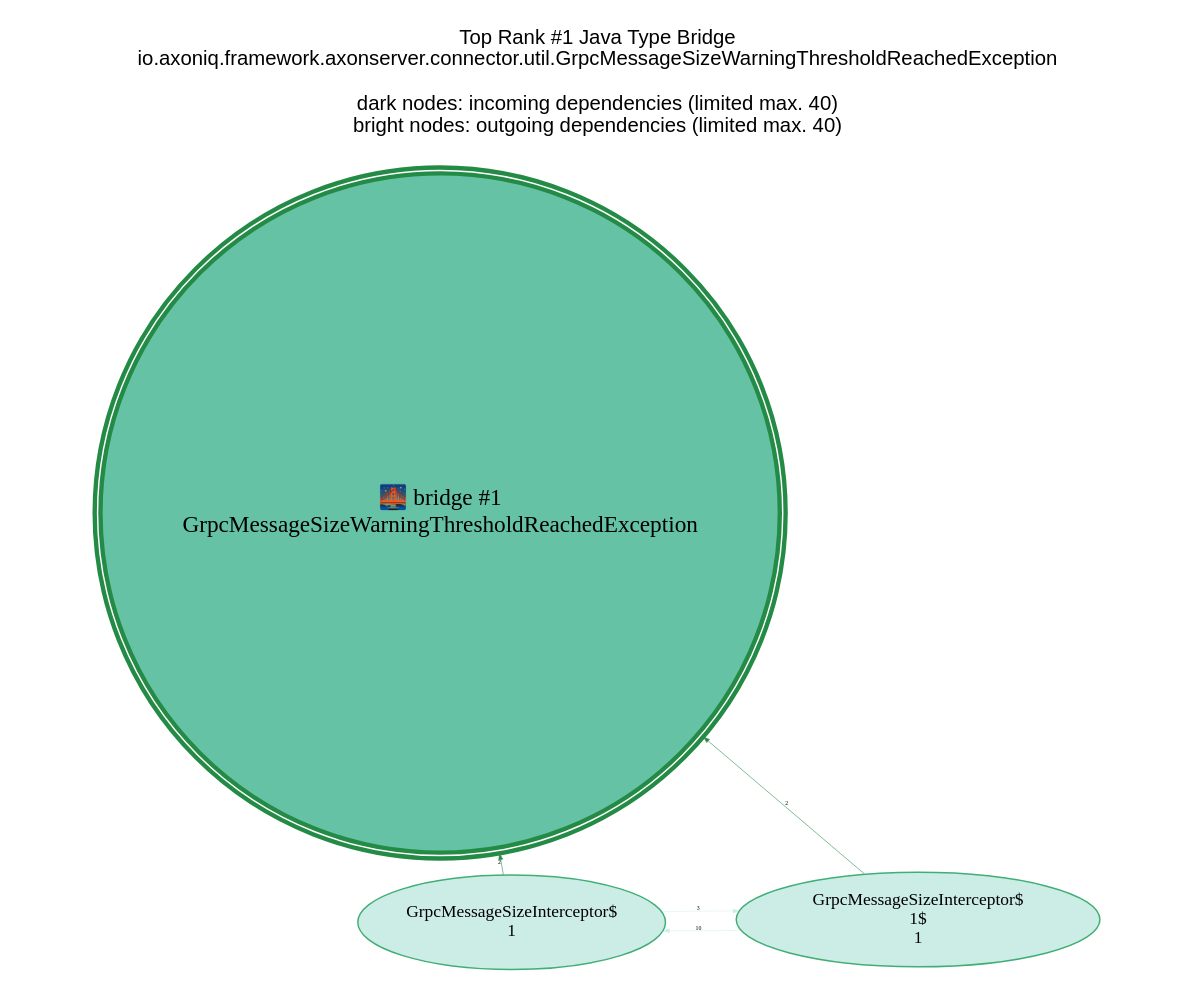
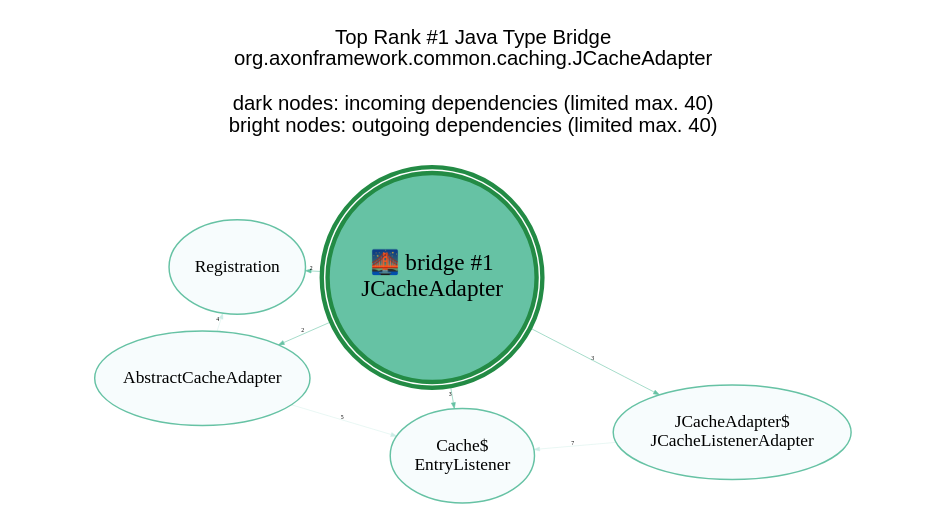
The diagram in analysis-results/AxonFramework/AxonFramework-5.1.2/anomaly-detection/Java_Type/GraphVisualizations/graphviz/TopBridge1.gv (JohT/code-graph-analysis-examples), drawn with Graphviz before and after one commit. The commit also changed 609 other files, not shown here.

```diff
--- a/analysis-results/AxonFramework/AxonFramework-5.1.2/anomaly-detection/Java_Type/GraphVisualizations/graphviz/TopBridge1.gv
+++ b/analysis-results/AxonFramework/AxonFramework-5.1.2/anomaly-detection/Java_Type/GraphVisualizations/graphviz/TopBridge1.gv
@@ -1,21 +1,24 @@
 // This GraphViz dot file was generated by the script convertQueryResultCsvToGraphVizDotFile.sh with TopCentral.template
 
 strict digraph TopBridge1 {
     graph [layout = "fdp"; start = "7"; splines = "spline"; pad = "0.8,0.1"; outputorder = "edgesfirst";];
     graph [fontname = "Helvetica,Arial,sans-serif"; labelloc = "t";];
     node [colorscheme = "bugn9"; color = 6; fillcolor = 3;];
     edge [colorscheme = "bugn9"; color = 7;];
     node [fontsize = 12; style = "filled"; margin = "0.03,0.03"; width="1.3"; height="0.9";];
     edge [fontsize = 4; arrowsize = "0.4";];
 
     central [shape = "doublecircle"; height = "2.0"; margin = "0.000001,0.000001";];
     central [fontsize = 16;];
     central [color = 7; fillcolor = 5; penwidth = 3;];
 
-	graph   [label="Top Rank #1 Java Type Bridge\nio.axoniq.framework.axonserver.connector.util.GrpcMessageSizeWarningThresholdReachedException\n\ndark nodes: incoming dependencies (limited max. 40)\nbright nodes: outgoing dependencies (limited max. 40)\n\n"];
-	central [label="🌉 bridge #1\nGrpcMessageSizeWarningThresholdReachedException"];
-	"GrpcMessageSizeInterceptor$1_27494" [label = "GrpcMessageSizeInterceptor$\n1"; ]; "GrpcMessageSizeInterceptor$1_27494" -> central [label=2; weight=2; penwidth=0.4];
-	"GrpcMessageSizeInterceptor$1$1_27546" [label = "GrpcMessageSizeInterceptor$\n1$\n1"; ]; "GrpcMessageSizeInterceptor$1$1_27546" -> central [label=2; weight=2; penwidth=0.4];
-	"GrpcMessageSizeInterceptor$1$1_27546" -> "GrpcMessageSizeInterceptor$1_27494" [label=10; weight=10; penwidth=0.3; color = 3]
-	"GrpcMessageSizeInterceptor$1_27494" -> "GrpcMessageSizeInterceptor$1$1_27546" [label=3; weight=3; penwidth=0.3; color = 3]
+	graph   [label="Top Rank #1 Java Type Bridge\norg.axonframework.common.caching.JCacheAdapter\n\ndark nodes: incoming dependencies (limited max. 40)\nbright nodes: outgoing dependencies (limited max. 40)\n\n"];
+	central [label="🌉 bridge #1\nJCacheAdapter"];
+	"Cache$EntryListener_34497" [label = "Cache$\nEntryListener"; color = 5; fillcolor = 1; ]; central -> "Cache$EntryListener_34497" [label=3; weight=3; penwidth=0.4; color = 5];
+	"JCacheAdapter$JCacheListenerAdapter_34475" [label = "JCacheAdapter$\nJCacheListenerAdapter"; color = 5; fillcolor = 1; ]; central -> "JCacheAdapter$JCacheListenerAdapter_34475" [label=3; weight=3; penwidth=0.4; color = 5];
+	"AbstractCacheAdapter_34474" [label = "AbstractCacheAdapter"; color = 5; fillcolor = 1; ]; central -> "AbstractCacheAdapter_34474" [label=2; weight=2; penwidth=0.4; color = 5];
+	"Registration_34496" [label = "Registration"; color = 5; fillcolor = 1; ]; central -> "Registration_34496" [label=2; weight=2; penwidth=0.4; color = 5];
+	"JCacheAdapter$JCacheListenerAdapter_34475" -> "Cache$EntryListener_34497" [label=7; weight=7; penwidth=0.3; color = 3]
+	"AbstractCacheAdapter_34474" -> "Cache$EntryListener_34497" [label=5; weight=5; penwidth=0.3; color = 3]
+	"AbstractCacheAdapter_34474" -> "Registration_34496" [label=4; weight=4; penwidth=0.3; color = 3]
 }
```
